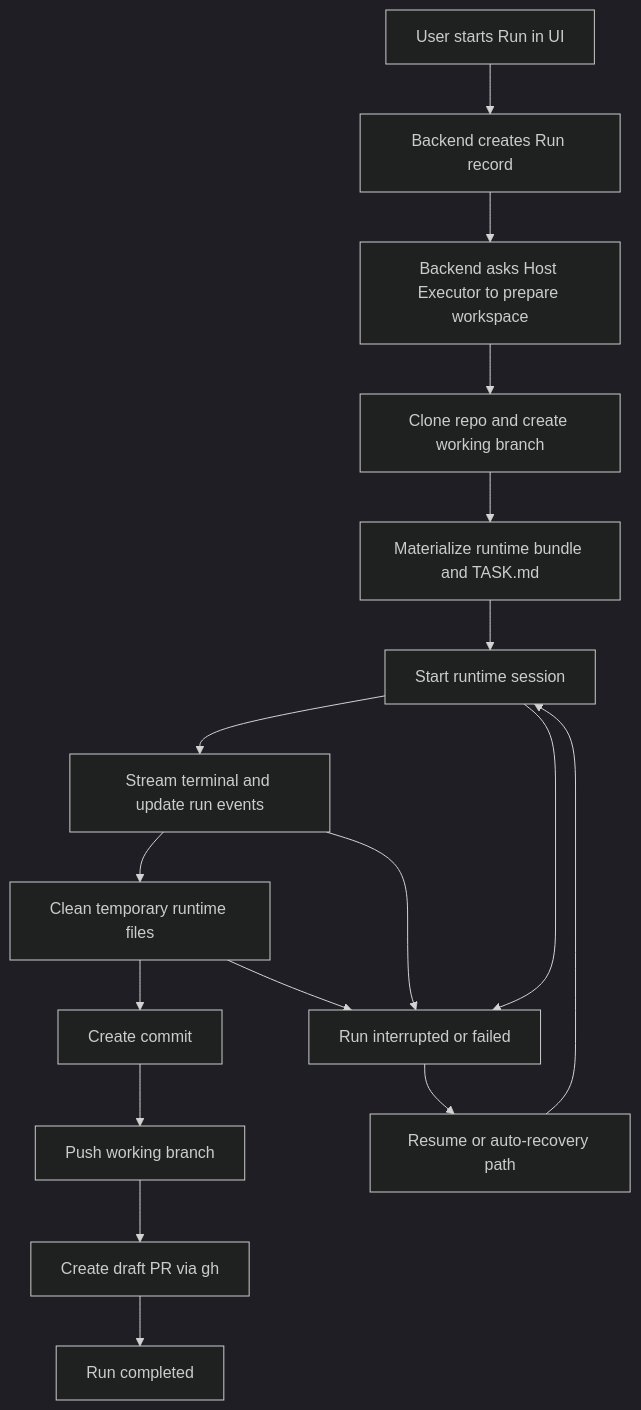
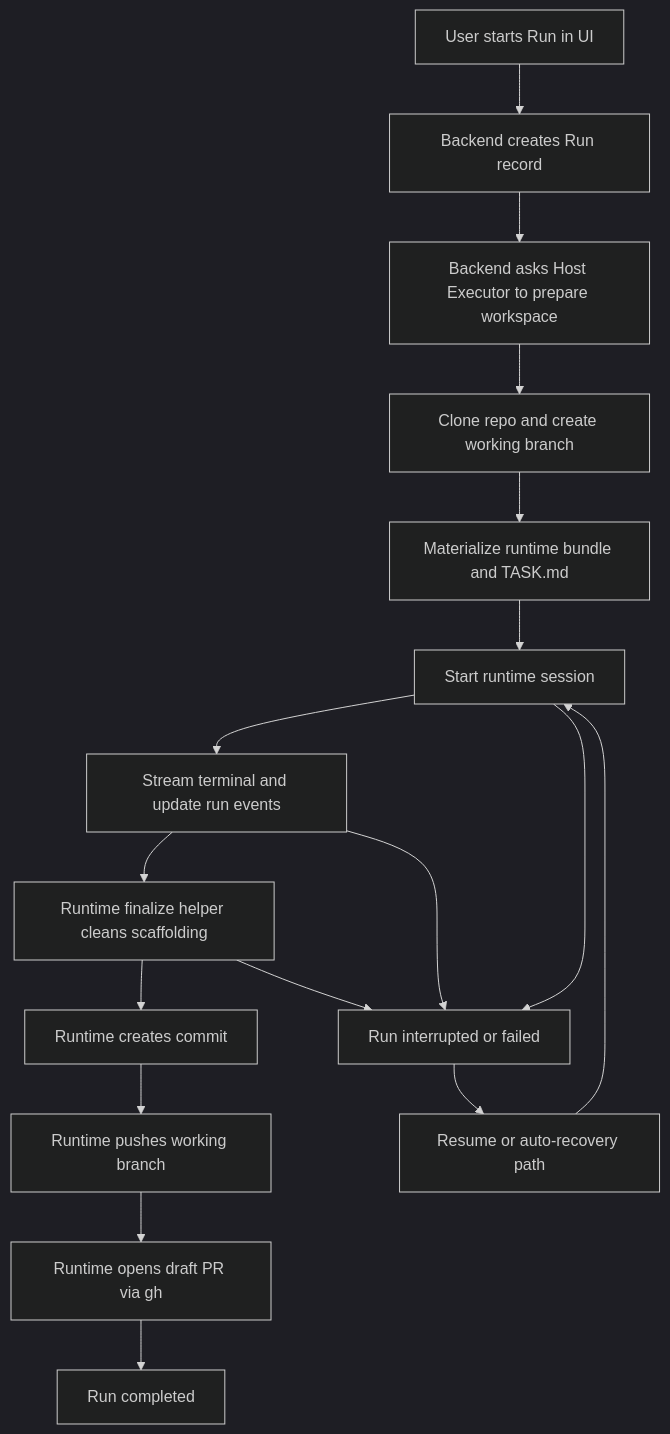
The second of 2 diagrams in docs/architecture-overview.md (stemirkhan/team-agent-platform), drawn with Mermaid (dark theme) before and after one commit. The commit also changed other lines of this file and 16 other files, not shown here.

````diff
--- a/docs/architecture-overview.md
+++ b/docs/architecture-overview.md
@@ -64,24 +64,24 @@
 ```mermaid
 flowchart TD
     A[User starts Run in UI]
     B[Backend creates Run record]
     C[Backend asks Host Executor to prepare workspace]
     D[Clone repo and create working branch]
     E[Materialize runtime bundle and TASK.md]
     F[Start runtime session]
     G[Stream terminal and update run events]
-    H[Clean temporary runtime files]
-    I[Create commit]
-    J[Push working branch]
-    K[Create draft PR via gh]
+    H[Runtime finalize helper cleans scaffolding]
+    I[Runtime creates commit]
+    J[Runtime pushes working branch]
+    K[Runtime opens draft PR via gh]
     L[Run completed]
 
     X[Run interrupted or failed]
     Y[Resume or auto-recovery path]
 
     A --> B --> C --> D --> E --> F --> G --> H --> I --> J --> K --> L
     F --> X
     G --> X
     H --> X
     X --> Y --> F
 ```
````
